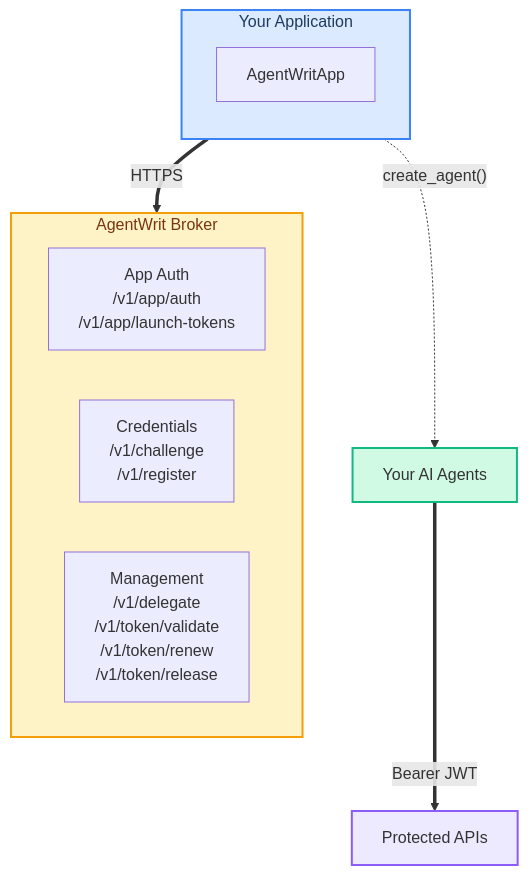
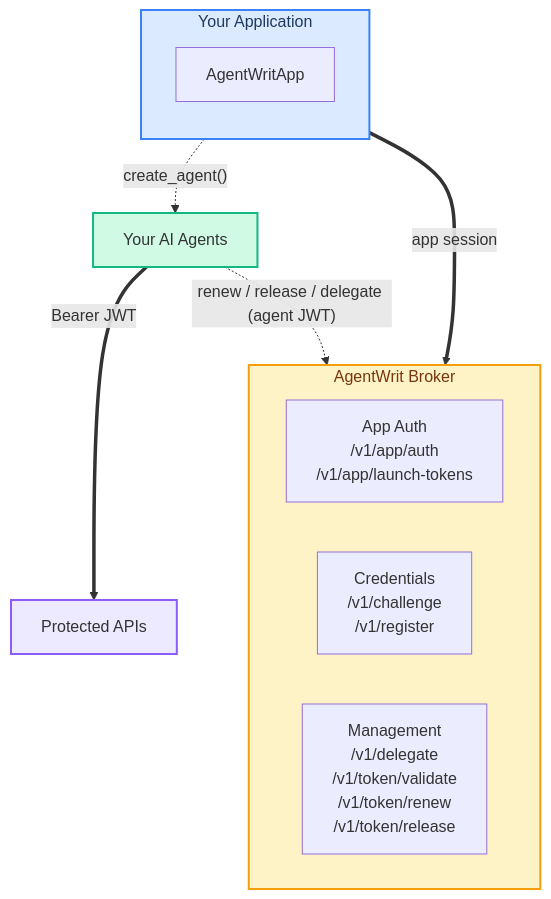
The diagram in README.md (devonartis/agentwrit-python), drawn with Mermaid before and after one commit. The commit also changed other lines of this file and 10 other files, not shown here.

````diff
--- a/README.md
+++ b/README.md
@@ -288,26 +173,27 @@
 ```mermaid
 graph TB
     subgraph App["Your Application"]
         direction TB
         Client["AgentWritApp"]
     end
 
     subgraph Broker["AgentWrit Broker"]
         direction LR
         AuthGroup["App Auth<br/>/v1/app/auth<br/>/v1/app/launch-tokens"]
         CredGroup["Credentials<br/>/v1/challenge<br/>/v1/register"]
         MgmtGroup["Management<br/>/v1/delegate<br/>/v1/token/validate<br/>/v1/token/renew<br/>/v1/token/release"]
     end
 
     Agents["Your AI Agents"]
     APIs["Protected APIs"]
 
-    Client ==>|"HTTPS"| Broker
+    Client ==>|"app session"| Broker
     Client -.->|"create_agent()"| Agents
+    Agents -.->|"renew / release / delegate (agent JWT)"| Broker
     Agents ==>|"Bearer JWT"| APIs
 
     style App fill:#dbeafe,stroke:#3b82f6,stroke-width:2px,color:#1e3a5f
     style Broker fill:#fef3c7,stroke:#f59e0b,stroke-width:2px,color:#78350f
     style Agents fill:#d1fae5,stroke:#10b981,stroke-width:2px
     style APIs fill:#ede9fe,stroke:#8b5cf6,stroke-width:2px
 ```
````
